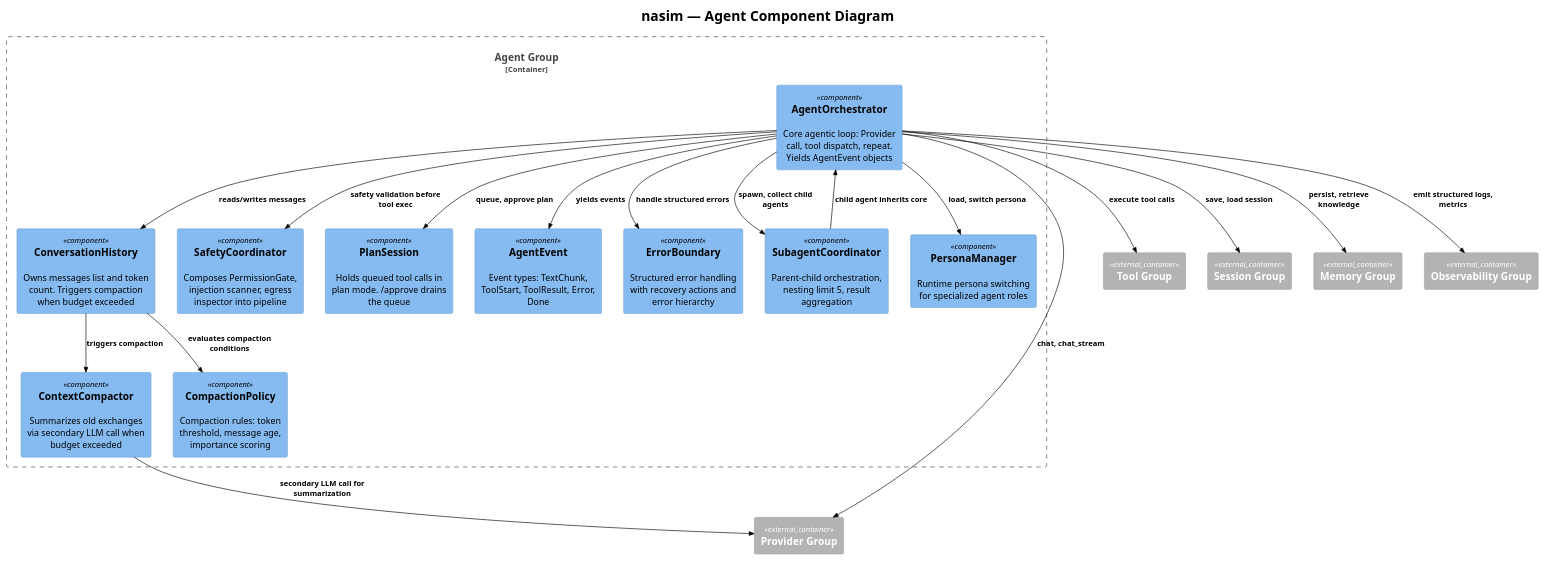
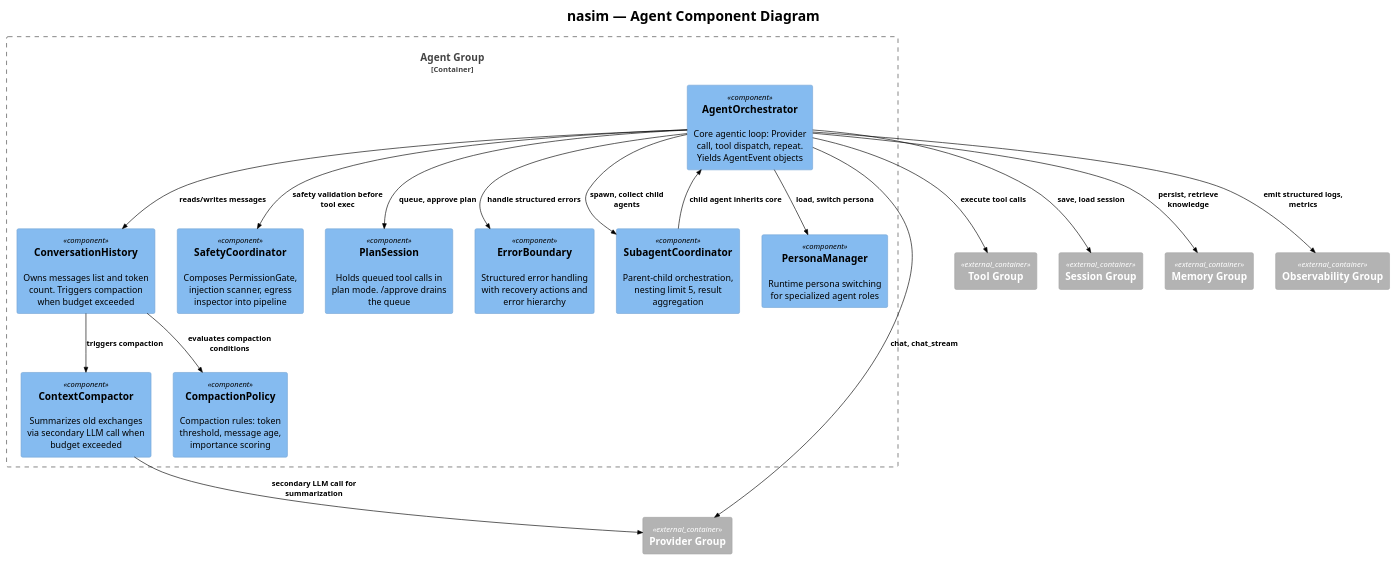
The diagram in docs/C4/c4_nasim_component_agent.puml (salimnamvar/nasim), drawn with PlantUML before and after one commit. The commit also changed 27 other files, not shown here.

First line of the commit message:
docs: Refactor architecture documentation for consistency and clarity

```diff
--- a/docs/C4/c4_nasim_component_agent.puml
+++ b/docs/C4/c4_nasim_component_agent.puml
@@ -1,53 +1,52 @@
+@startuml c4_nasim_component_agent
 !include https://raw.githubusercontent.com/plantuml-stdlib/C4-PlantUML/v2.10.0/C4_Component.puml
 !theme plain
 
 
 ' ============================================================
 ' Title:     nasim — Agent Component Diagram
 ' Boundary:  nasim core library — Agent group
 ' Purpose:   Agent layer internal components
 ' Milestone: v1.0
 ' Version:   6.0.0
 ' Source:    docs/prompt/p1.md — corrective architecture review
 ' Review:    docs/audit/audit.2026.06.20.comprehensive.reference.audit.md
 ' ============================================================
 
 title nasim — Agent Component Diagram
 
 Container_Boundary(agent_boundary, "Agent Group") {
     Component(agent_orch, "AgentOrchestrator", "", "Core agentic loop: Provider call, tool dispatch, repeat. Yields AgentEvent objects")
     Component(conv_history, "ConversationHistory", "", "Owns messages list and token count. Triggers compaction when budget exceeded")
     Component(compactor, "ContextCompactor", "", "Summarizes old exchanges via secondary LLM call when budget exceeded")
     Component(safety_coord, "SafetyCoordinator", "", "Composes PermissionGate, injection scanner, egress inspector into pipeline")
     Component(plan_session, "PlanSession", "", "Holds queued tool calls in plan mode. /approve drains the queue")
-    Component(agent_events, "AgentEvent", "", "Event types: TextChunk, ToolStart, ToolResult, Error, Done")
     Component(subagent_coord, "SubagentCoordinator", "", "Parent-child orchestration, nesting limit 5, result aggregation")
     Component(error_boundary, "ErrorBoundary", "", "Structured error handling with recovery actions and error hierarchy")
     Component(persona_mgr, "PersonaManager", "", "Runtime persona switching for specialized agent roles")
     Component(compaction_policy, "CompactionPolicy", "", "Compaction rules: token threshold, message age, importance scoring")
 }
 
 Container_Ext(provider_boundary, "Provider Group")
 Container_Ext(tool_boundary, "Tool Group")
 Container_Ext(session_boundary, "Session Group")
 Container_Ext(memory_boundary, "Memory Group")
 Container_Ext(observability_group, "Observability Group")
 
 Rel(agent_orch, provider_boundary, "chat, chat_stream")
 Rel(agent_orch, tool_boundary, "execute tool calls")
 Rel(agent_orch, conv_history, "reads/writes messages")
 Rel(agent_orch, safety_coord, "safety validation before tool exec")
-Rel(agent_orch, agent_events, "yields events")
 Rel(agent_orch, subagent_coord, "spawn, collect child agents")
 Rel(agent_orch, error_boundary, "handle structured errors")
 Rel(agent_orch, persona_mgr, "load, switch persona")
 Rel(agent_orch, memory_boundary, "persist, retrieve knowledge")
 Rel(agent_orch, session_boundary, "save, load session")
 Rel(agent_orch, observability_group, "emit structured logs, metrics")
 Rel(agent_orch, plan_session, "queue, approve plan")
 Rel(conv_history, compactor, "triggers compaction")
 Rel(conv_history, compaction_policy, "evaluates compaction conditions")
 Rel(compactor, provider_boundary, "secondary LLM call for summarization")
 Rel(subagent_coord, agent_orch, "child agent inherits core")
 
 @enduml
```
